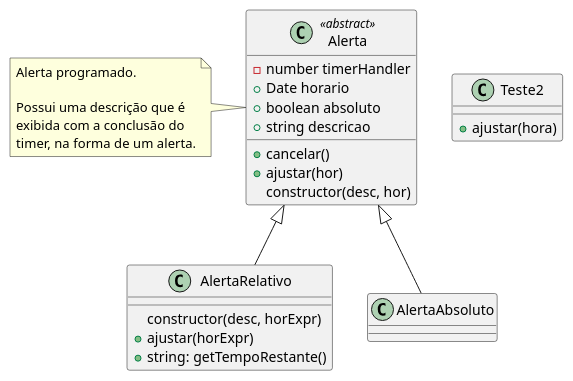
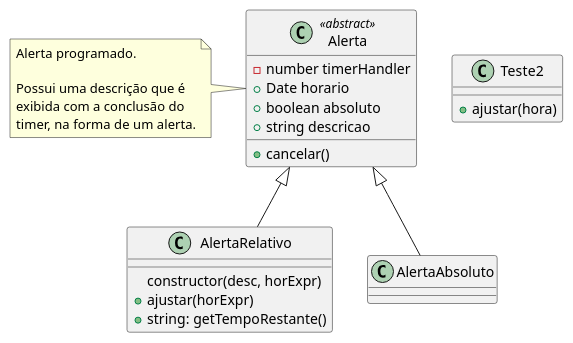
Before and after one commit to ruipimentel/plantuml-demo: the diagram in classes.puml, drawn with PlantUML.

Commit message:
Metodos de Alerta Absoluto movidos para Alerta

```diff
--- a/classes.puml
+++ b/classes.puml
@@ -1,30 +1,29 @@
 @startuml "Classes"
 
 top to bottom direction
 
 class Teste2 {
   + ajustar(hora)
 }
 
 class Alerta <<abstract>> {
   - number timerHandler
   + Date horario
   + boolean absoluto
   + string descricao
   + cancelar()
-  + ajustar(hor)
-  constructor(desc, hor)
 }
+
 note left of Alerta : Alerta programado.\n\nPossui uma descrição que é\nexibida com a conclusão do\ntimer, na forma de um alerta.
 
 class AlertaRelativo {
   constructor(desc, horExpr)
   + ajustar(horExpr)
   + string: getTempoRestante()
 }
 
 
 Alerta <|-- AlertaRelativo
 Alerta <|-- AlertaAbsoluto
 
 @enduml
```
